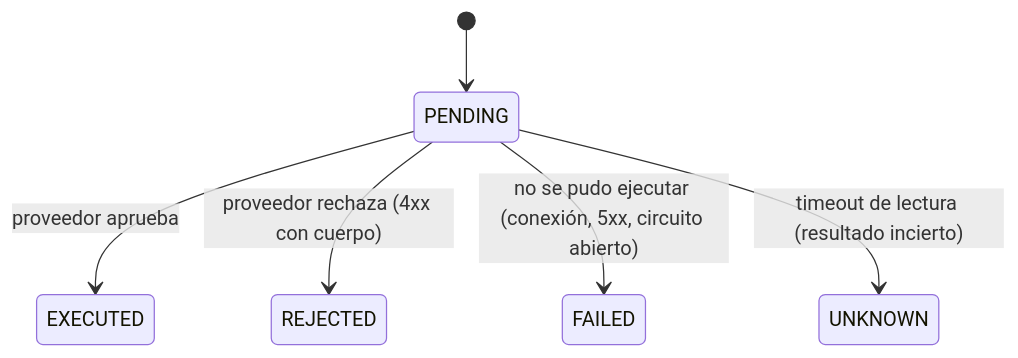
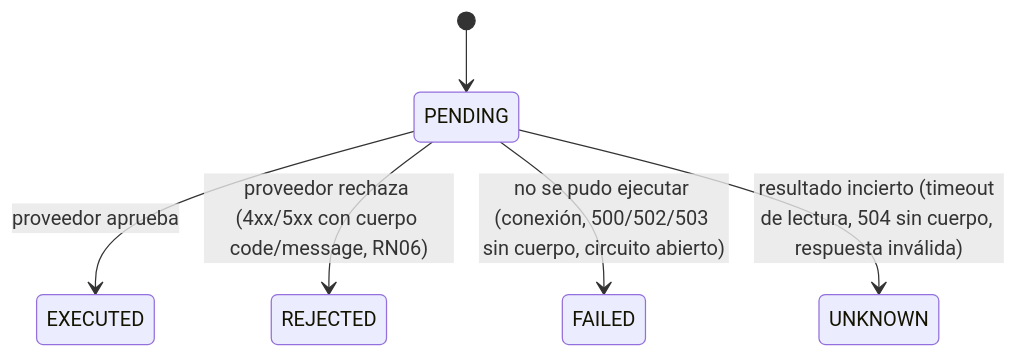
The fourth of 4 diagrams in docs/architecture.md (chilcho1939/api-bank-harness), drawn with Mermaid before and after one commit. The commit also changed 5 other files, not shown here.

````diff
--- a/docs/architecture.md
+++ b/docs/architecture.md
@@ -65,8 +65,8 @@
 ```mermaid
 stateDiagram-v2
     [*] --> PENDING
     PENDING --> EXECUTED: proveedor aprueba
-    PENDING --> REJECTED: proveedor rechaza (4xx con cuerpo)
-    PENDING --> FAILED: no se pudo ejecutar (conexión, 5xx, circuito abierto)
-    PENDING --> UNKNOWN: timeout de lectura (resultado incierto)
+    PENDING --> REJECTED: proveedor rechaza (4xx/5xx con cuerpo code/message, RN06)
+    PENDING --> FAILED: no se pudo ejecutar (conexión, 500/502/503 sin cuerpo, circuito abierto)
+    PENDING --> UNKNOWN: resultado incierto (timeout de lectura, 504 sin cuerpo, respuesta inválida)
 ```
````
